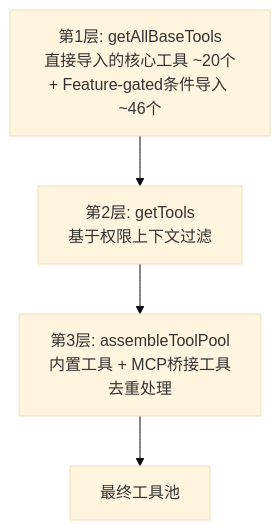
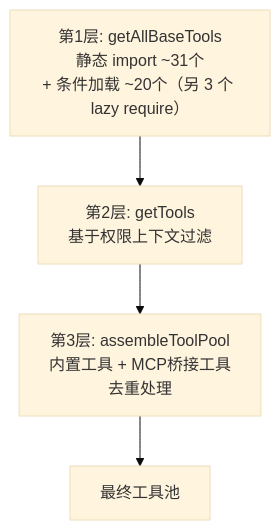
The first of 4 diagrams in docs/04-tool-system.md (Windy3f3f3f3f/how-claude-code-works), drawn with Mermaid (base theme) before and after one commit. The commit also changed other lines of this file and 36 other files, not shown here.

````diff
--- a/docs/04-tool-system.md
+++ b/docs/04-tool-system.md
@@ -117,6 +117,6 @@
 ```mermaid
 flowchart TD
-    L1[第1层: getAllBaseTools<br/>直接导入的核心工具 ~20个<br/>+ Feature-gated条件导入 ~46个] --> L2[第2层: getTools<br/>基于权限上下文过滤]
+    L1[第1层: getAllBaseTools<br/>静态 import ~31个<br/>+ 条件加载 ~20个（另 3 个 lazy require）] --> L2[第2层: getTools<br/>基于权限上下文过滤]
     L2 --> L3[第3层: assembleToolPool<br/>内置工具 + MCP桥接工具<br/>去重处理]
     L3 --> Final[最终工具池]
 ```
````
